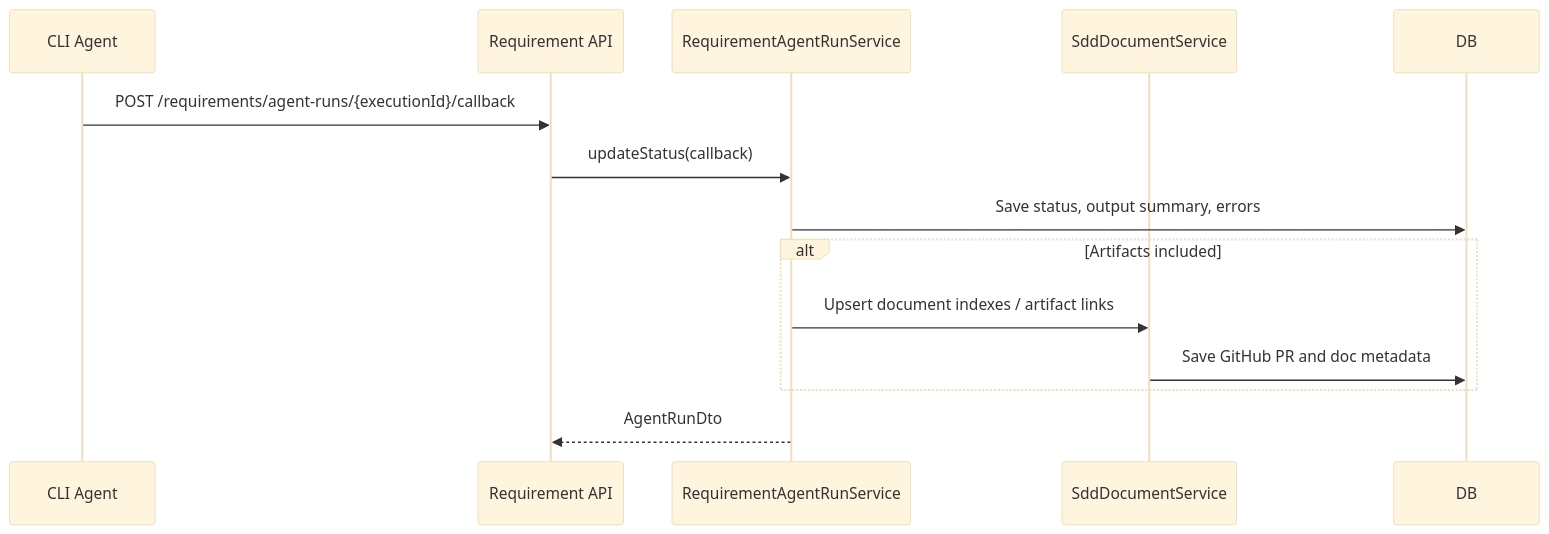
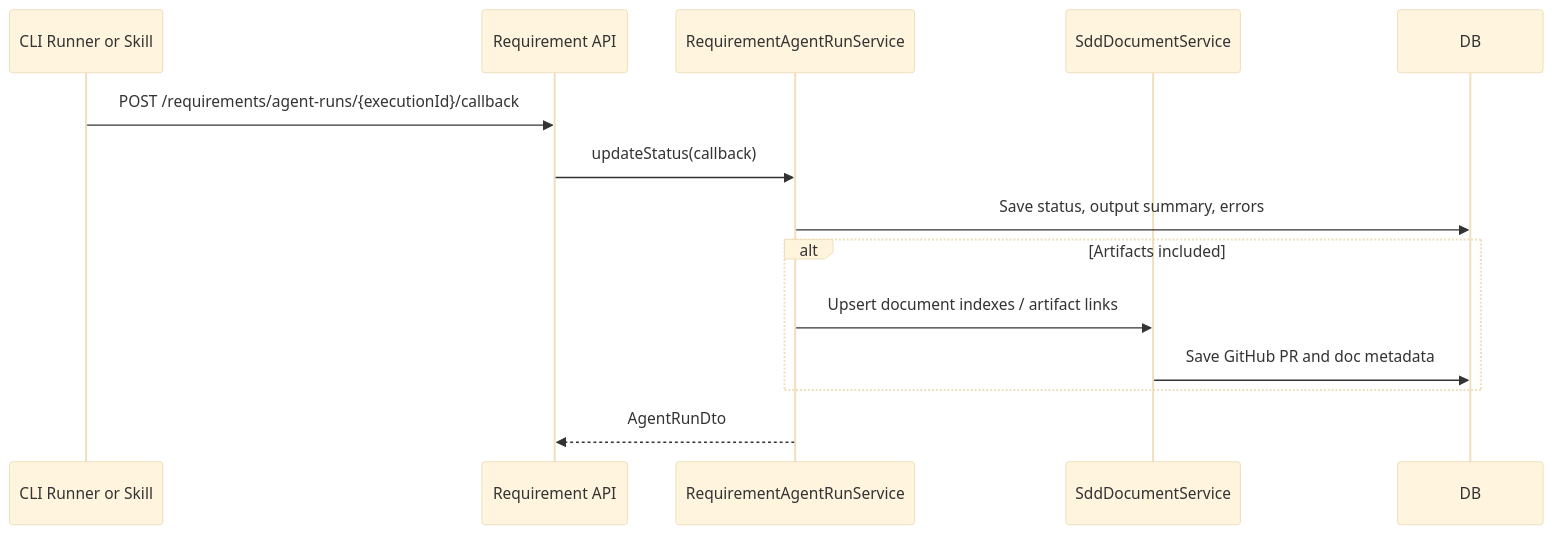
The sixth of 8 diagrams in docs/04-architecture/requirement-control-plane-data-flow.md (wwa-lab/Agentic-SDLC-Control-Tower), drawn with Mermaid (base theme) before and after one commit. The commit also changed other lines of this file and 28 other files, not shown here.

````diff
--- a/docs/04-architecture/requirement-control-plane-data-flow.md
+++ b/docs/04-architecture/requirement-control-plane-data-flow.md
@@ -121,17 +166,17 @@
 ```mermaid
 sequenceDiagram
-    participant Agent as CLI Agent
+    participant Agent as CLI Runner or Skill
     participant API as Requirement API
     participant AgentSvc as RequirementAgentRunService
     participant Docs as SddDocumentService
     participant DB as DB
 
     Agent->>API: POST /requirements/agent-runs/{executionId}/callback
     API->>AgentSvc: updateStatus(callback)
     AgentSvc->>DB: Save status, output summary, errors
     alt Artifacts included
         AgentSvc->>Docs: Upsert document indexes / artifact links
         Docs->>DB: Save GitHub PR and doc metadata
     end
     AgentSvc-->>API: AgentRunDto
 ```
````
